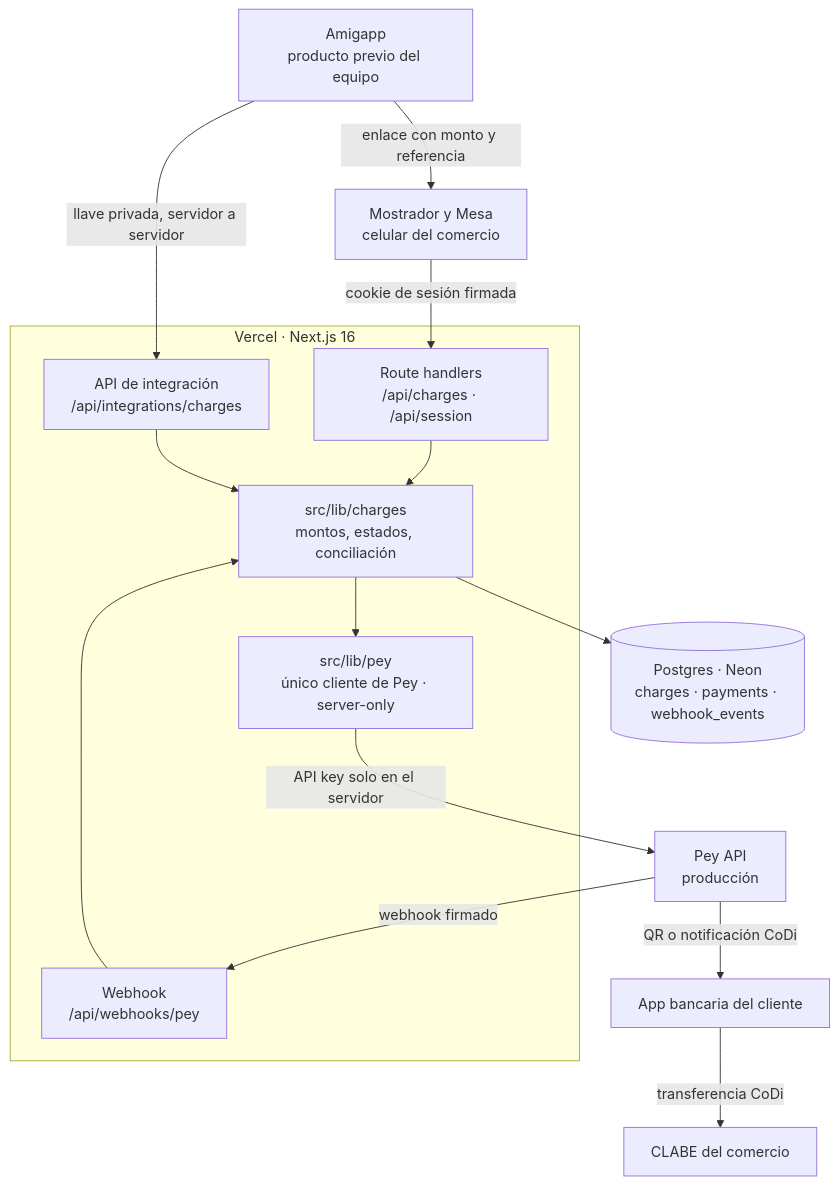
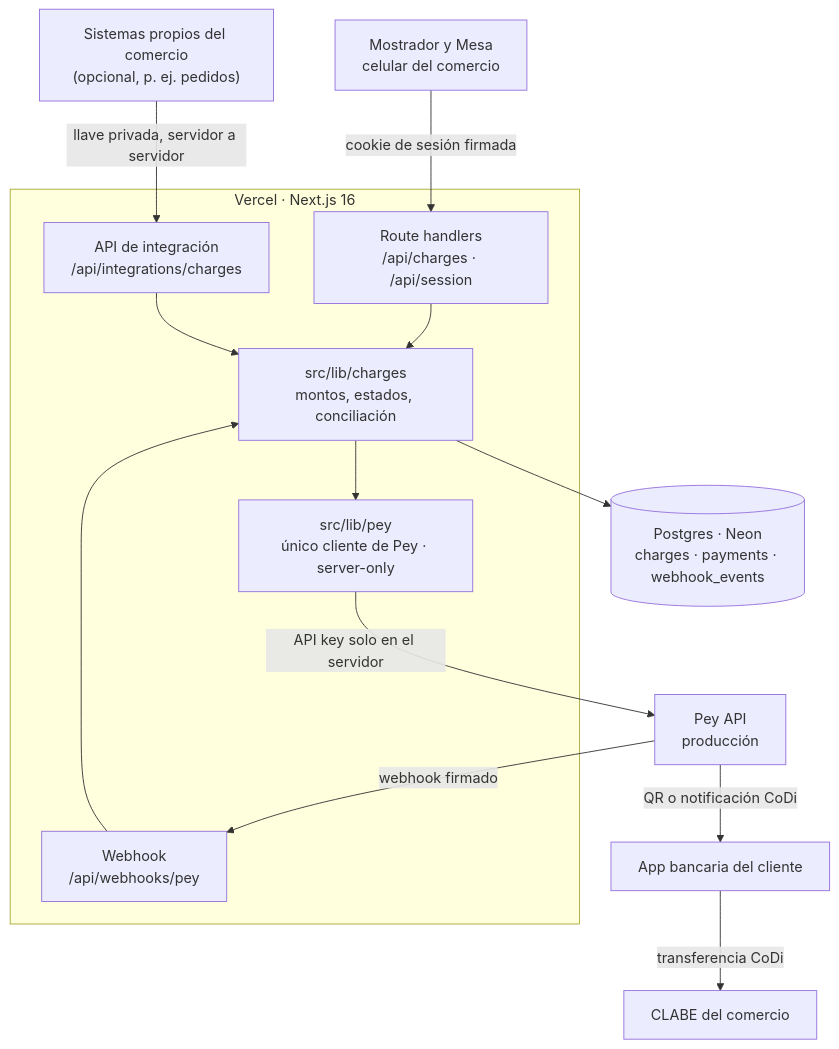
The second of 2 diagrams in README.md (Rubench0/code-pay), drawn with Mermaid before and after one commit. The commit also changed other lines of this file and 9 other files, not shown here.

````diff
--- a/README.md
+++ b/README.md
@@ -129,22 +194,21 @@
 ```mermaid
 flowchart TB
-    AMI["Amigapp<br/>producto previo del equipo"] -- "enlace con monto y referencia" --> UI
     UI["Mostrador y Mesa<br/>celular del comercio"] -- "cookie de sesión firmada" --> API
-    AMI -- "llave privada, servidor a servidor" --> INT
+    SYS["Sistemas propios del comercio<br/>(opcional, p. ej. pedidos)"] -- "llave privada, servidor a servidor" --> INT
     subgraph Vercel["Vercel · Next.js 16"]
         API["Route handlers<br/>/api/charges · /api/session"]
         INT["API de integración<br/>/api/integrations/charges"]
         WH["Webhook<br/>/api/webhooks/pey"]
         DOM["src/lib/charges<br/>montos, estados, conciliación"]
         PEYC["src/lib/pey<br/>único cliente de Pey · server-only"]
         API --> DOM
         INT --> DOM
         WH --> DOM
         DOM --> PEYC
     end
     DOM --> DB[("Postgres · Neon<br/>charges · payments · webhook_events")]
     PEYC -- "API key solo en el servidor" --> PEY["Pey API<br/>producción"]
     PEY -- "QR o notificación CoDi" --> BANK["App bancaria del cliente"]
     BANK -- "transferencia CoDi" --> CLABE["CLABE del comercio"]
     PEY -- "webhook firmado" --> WH
 ```
````
